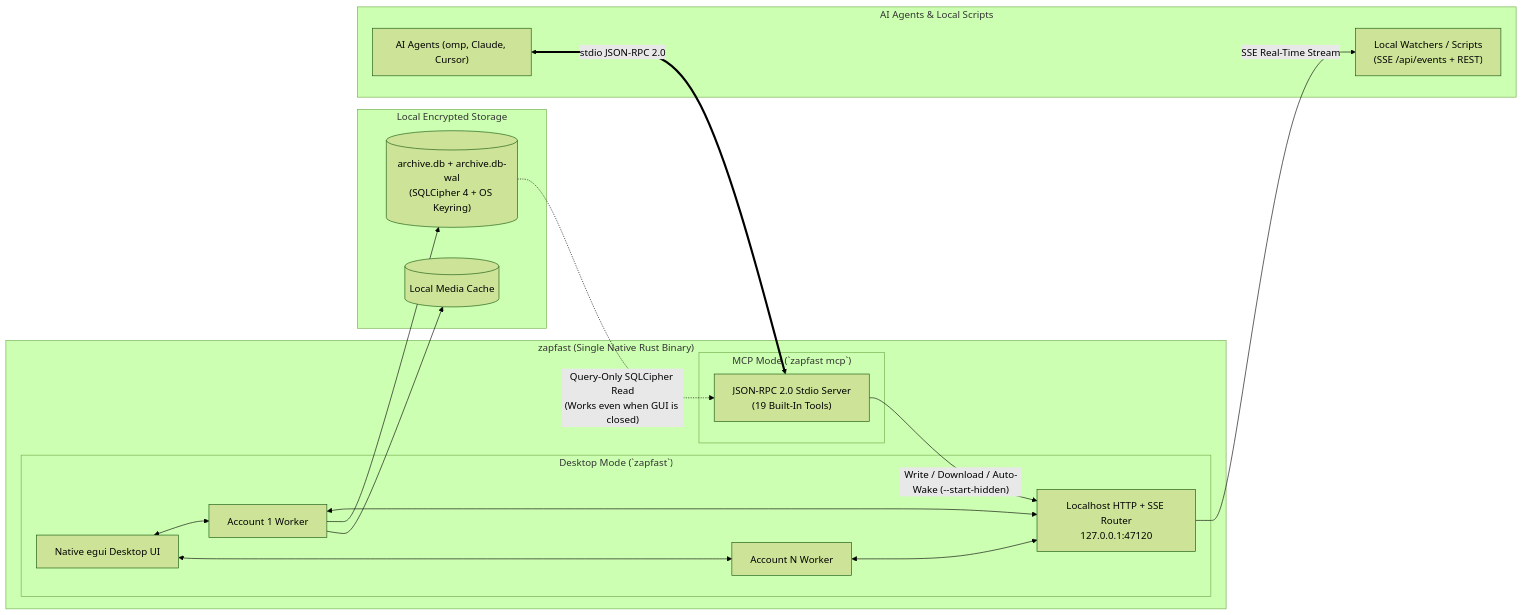
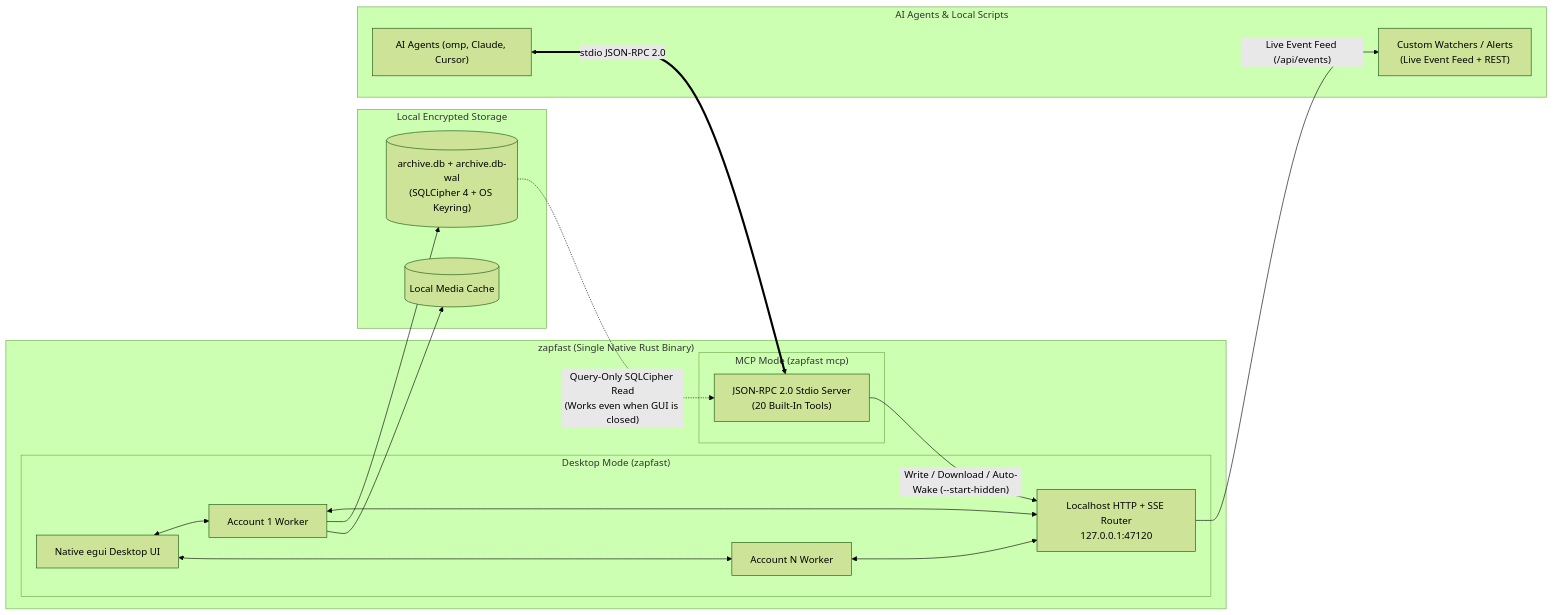
The diagram in README.md (PramaAditya/zapfast), drawn with Mermaid (forest theme) before and after one commit. The commit also changed other lines of this file, not shown here.

Commit message:
docs: rewrite README as ZapFast-MCP with upstream policy & risk disclaimer [skip ci]

````diff
--- a/README.md
+++ b/README.md
@@ -68,35 +99,35 @@
 ```mermaid
 flowchart LR
     subgraph Binary["zapfast (Single Native Rust Binary)"]
-        subgraph GUI["Desktop Mode (`zapfast`)"]
+        subgraph GUI["Desktop Mode (zapfast)"]
             UI["Native egui Desktop UI"]
             W1["Account 1 Worker"]
             W2["Account N Worker"]
             Router["Localhost HTTP + SSE Router\n127.0.0.1:47120"]
             W1 <--> Router
             W2 <--> Router
             UI <--> W1
             UI <--> W2
         end
-        subgraph Stdio["MCP Mode (`zapfast mcp`)"]
-            MCP["JSON-RPC 2.0 Stdio Server\n(19 Built-In Tools)"]
+        subgraph Stdio["MCP Mode (zapfast mcp)"]
+            MCP["JSON-RPC 2.0 Stdio Server\n(20 Built-In Tools)"]
         end
     end
 
     subgraph Storage["Local Encrypted Storage"]
         DB[("archive.db + archive.db-wal\n(SQLCipher 4 + OS Keyring)")]
         Media[("Local Media Cache")]
     end
 
     subgraph Clients["AI Agents & Local Scripts"]
         Agent["AI Agents (omp, Claude, Cursor)"]
-        Scripts["Local Watchers / Scripts\n(SSE /api/events + REST)"]
+        Scripts["Custom Watchers / Alerts\n(Live Event Feed + REST)"]
     end
 
     Agent <== "stdio JSON-RPC 2.0" ==> MCP
     W1 --> DB
     W1 --> Media
     DB -. "Query-Only SQLCipher Read\n(Works even when GUI is closed)" .-> MCP
     MCP -- "Write / Download / Auto-Wake (--start-hidden)" --> Router
-    Router -- "SSE Real-Time Stream" --> Scripts
+    Router -- "Live Event Feed (/api/events)" --> Scripts
 ```
````
